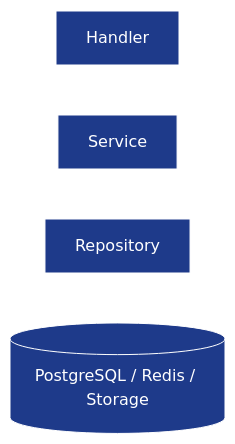
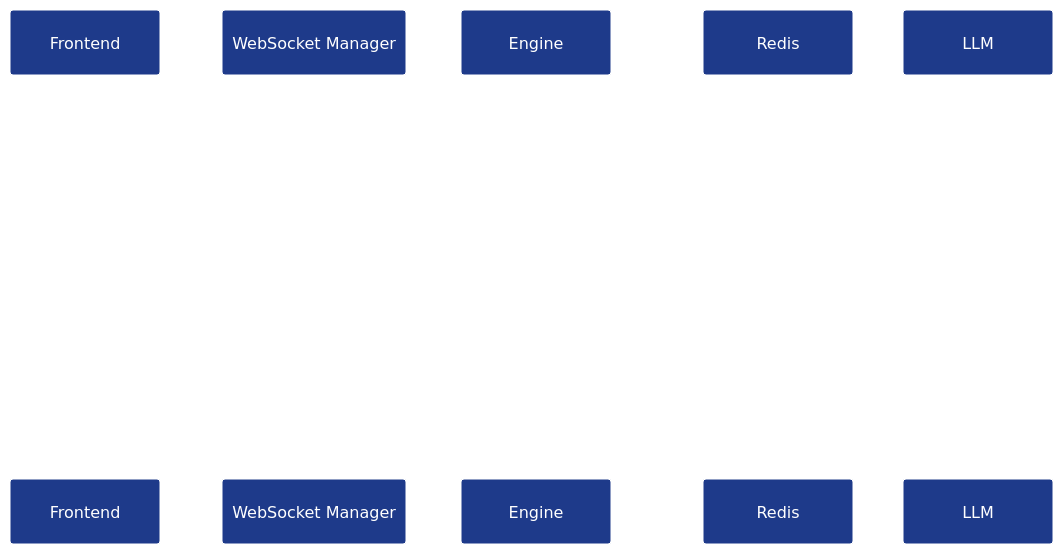
The third of 4 diagrams in docs/tech-spec/02_architecture.md (Veeru123456778/ai-interview-service), drawn with Mermaid before and after one commit. The commit also changed other lines of this file, not shown here.

Commit message:
fixes the architecture of the agent

````diff
--- a/docs/tech-spec/02_architecture.md
+++ b/docs/tech-spec/02_architecture.md
@@ -482,31 +159,36 @@
 ```mermaid
-%%{init: {
+%%{init:{
   "theme":"base",
   "themeVariables":{
     "background":"#0F172A",
     "primaryColor":"#1E3A8A",
     "primaryTextColor":"#FFFFFF",
     "primaryBorderColor":"#FFFFFF",
-    "lineColor":"#FFFFFF",
     "secondaryColor":"#2563EB",
     "secondaryTextColor":"#FFFFFF",
     "tertiaryColor":"#1E293B",
+    "lineColor":"#FFFFFF",
     "fontFamily":"Inter",
     "edgeLabelBackground":"#0F172A"
   }
 }}%%
 
-flowchart TD
+sequenceDiagram
 
-    HANDLER["Handler"]
+    participant Frontend
+    participant WS as WebSocket Manager
+    participant Engine
+    participant Redis
+    participant LLM
 
-    SERVICE["Service"]
+    Frontend->>WS: Candidate message
+    WS->>Engine: Forward message
 
-    REPOSITORY["Repository"]
+    Engine->>Redis: Load session state
+    Engine->>LLM: Execute current prompt
+    LLM-->>Engine: Structured response
 
-    DB[("PostgreSQL / Redis / Storage")]
-
-    HANDLER --> SERVICE
-    SERVICE --> REPOSITORY
-    REPOSITORY --> DB
+    Engine->>Redis: Update runtime state
+    Engine-->>WS: Interview response
+    WS-->>Frontend: Render response
 ```
````
